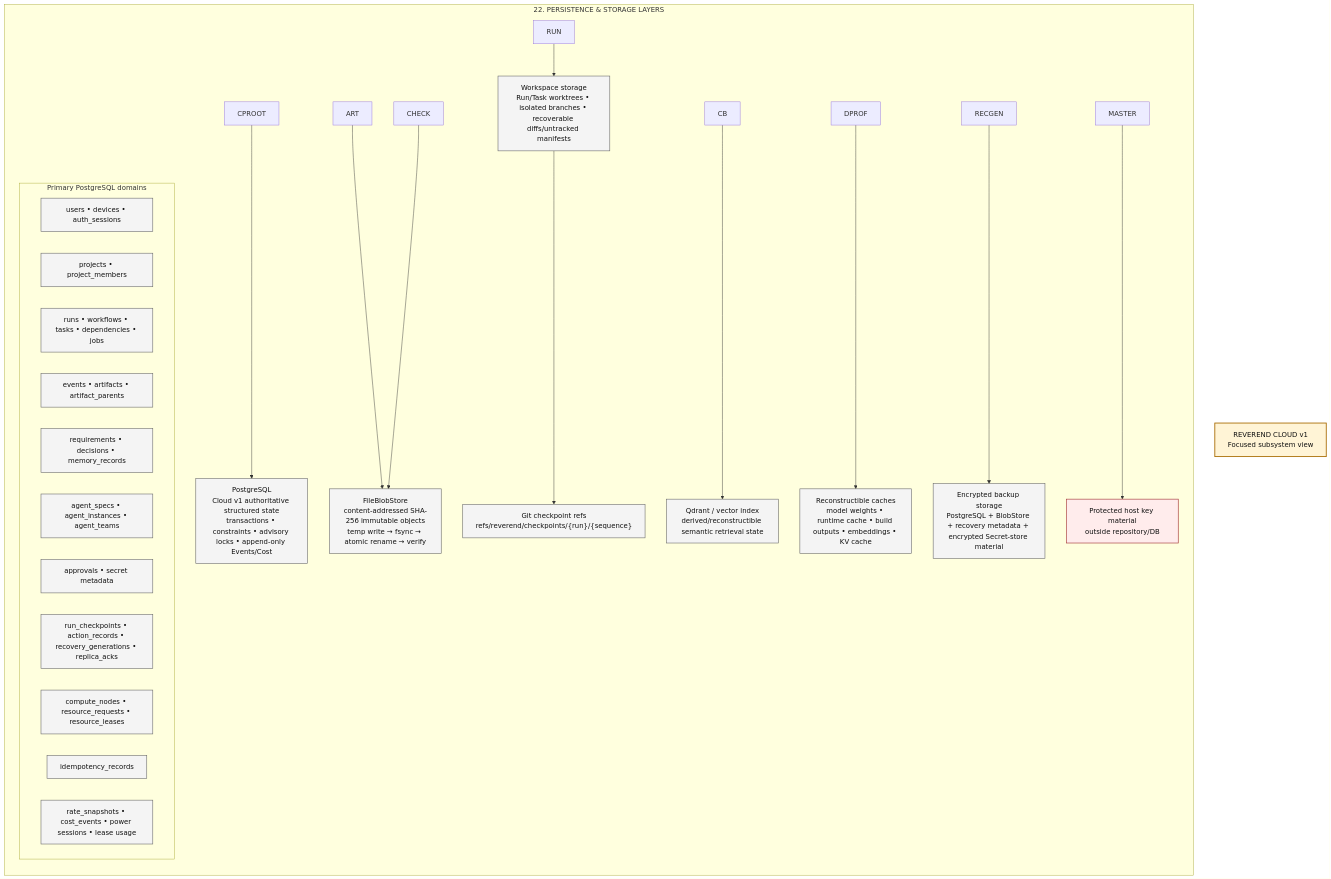
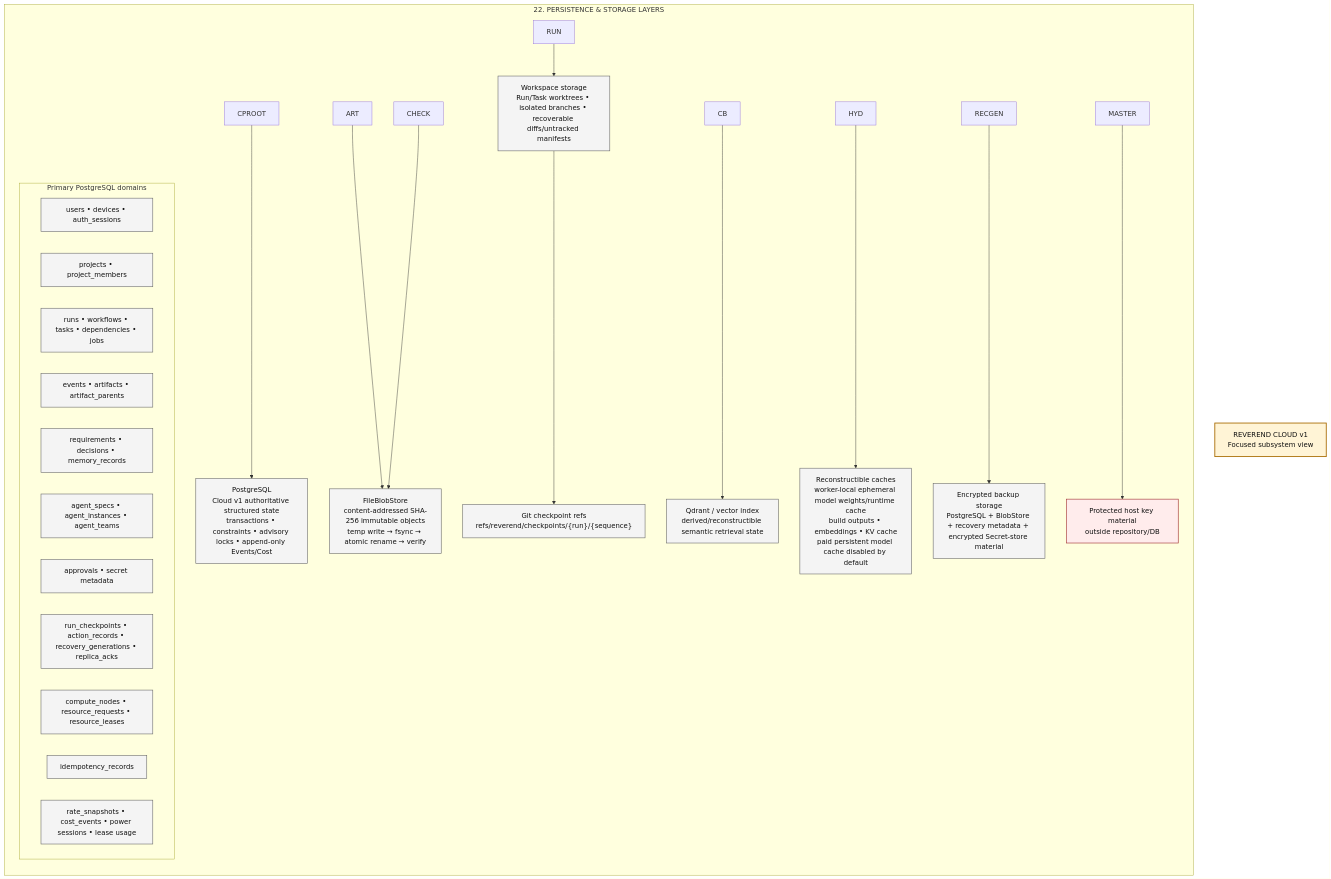
The diagram in Documentation/Design/Diagrams/Subsystems/22-storage-database-blob-workspace-indexes.mmd (reverez/reverend), drawn with Mermaid before and after one commit.

Commit message:
docs: make model cache ephemeral in storage diagram

```diff
--- a/Documentation/Design/Diagrams/Subsystems/22-storage-database-blob-workspace-indexes.mmd
+++ b/Documentation/Design/Diagrams/Subsystems/22-storage-database-blob-workspace-indexes.mmd
@@ -1,77 +1,77 @@
 flowchart TB
 
 %% STYLES
 %% =========================================================
 classDef human fill:#e8f0ff,stroke:#3458a4,stroke-width:2px,color:#111;
 classDef client fill:#eef7ff,stroke:#3678a8,stroke-width:1.5px,color:#111;
 classDef api fill:#e9fff7,stroke:#23855f,stroke-width:1.5px,color:#111;
 classDef authority fill:#fff4d6,stroke:#a76b00,stroke-width:2px,color:#111;
 classDef domain fill:#fff9e8,stroke:#a7802b,stroke-width:1.5px,color:#111;
 classDef agent fill:#f5edff,stroke:#7552a8,stroke-width:1.5px,color:#111;
 classDef context fill:#f8f3ff,stroke:#8458aa,stroke-width:1.2px,color:#111;
 classDef tool fill:#fff0f0,stroke:#aa4949,stroke-width:1.5px,color:#111;
 classDef verify fill:#efffe9,stroke:#4e8a3c,stroke-width:1.5px,color:#111;
 classDef sched fill:#eefcf8,stroke:#2f7a68,stroke-width:1.5px,color:#111;
 classDef compute fill:#eef4ff,stroke:#4f68a8,stroke-width:1.5px,color:#111;
 classDef model fill:#f1ecff,stroke:#5f49a8,stroke-width:1.5px,color:#111;
 classDef durable fill:#fff2e5,stroke:#a6642c,stroke-width:1.5px,color:#111;
 classDef security fill:#ffecec,stroke:#a73b3b,stroke-width:1.5px,color:#111;
 classDef data fill:#f4f4f4,stroke:#666,stroke-width:1.3px,color:#111;
 classDef cost fill:#ecfff1,stroke:#3e8b55,stroke-width:1.5px,color:#111;
 classDef ops fill:#f2fbff,stroke:#3f7890,stroke-width:1.5px,color:#111;
 classDef external fill:#f7f7f7,stroke:#777,stroke-width:1.2px,stroke-dasharray:5 3,color:#111;
 classDef dev fill:#fff8ed,stroke:#9b6b23,stroke-width:1.3px,color:#111;
 classDef invariant fill:#fffbe6,stroke:#b09121,stroke-width:1.5px,color:#111;
 
 %% =========================================================
 
 ROOT["REVEREND CLOUD v1<br/>Focused subsystem view"]:::authority
 
 %% =========================================================
 %% FOCUSED VIEW
 %% Source: ../system-complete-mermaid-diagram.mmd
 %% Section 22: STORAGE / DATABASE / BLOB / WORKSPACE / INDEXES
 %% External cross-subsystem references may render as compact interface nodes.
 %% =========================================================
 
 %% =========================================================
 %% 22. STORAGE / DATABASE / BLOB / WORKSPACE / INDEXES
 %% =========================================================
 subgraph STORAGE["22. PERSISTENCE & STORAGE LAYERS"]
 direction TB
 
 PG["PostgreSQL<br/>Cloud v1 authoritative structured state<br/>transactions • constraints • advisory locks • append-only Events/Cost"]:::data
 
 subgraph PGTABLES["Primary PostgreSQL domains"]
 direction LR
 PG_ID["users • devices • auth_sessions"]:::data
 PG_PROJ["projects • project_members"]:::data
 PG_RUN["runs • workflows • tasks • dependencies • jobs"]:::data
 PG_EA["events • artifacts • artifact_parents"]:::data
 PG_PM["requirements • decisions • memory_records"]:::data
 PG_AGENT["agent_specs • agent_instances • agent_teams"]:::data
 PG_SEC["approvals • secret metadata"]:::data
 PG_DUR["run_checkpoints • action_records • recovery_generations • replica_acks"]:::data
 PG_COMP["compute_nodes • resource_requests • resource_leases"]:::data
 PG_IDEMP["idempotency_records"]:::data
 PG_COST["rate_snapshots • cost_events • power sessions • lease usage"]:::data
 end
 
 BLOB["FileBlobStore<br/>content-addressed SHA-256 immutable objects<br/>temp write → fsync → atomic rename → verify"]:::data
 WSROOT["Workspace storage<br/>Run/Task worktrees • isolated branches • recoverable diffs/untracked manifests"]:::data
 GITREF["Git checkpoint refs<br/>refs/reverend/checkpoints/{run}/{sequence}"]:::data
 QDRANT["Qdrant / vector index<br/>derived/reconstructible semantic retrieval state"]:::data
-CACHE["Reconstructible caches<br/>model weights • runtime cache • build outputs • embeddings • KV cache"]:::data
+CACHE["Reconstructible caches<br/>worker-local ephemeral model weights/runtime cache<br/>build outputs • embeddings • KV cache<br/>paid persistent model cache disabled by default"]:::data
 BACKUP["Encrypted backup storage<br/>PostgreSQL + BlobStore + recovery metadata + encrypted Secret-store material"]:::data
 KEYFILE["Protected host key material<br/>outside repository/DB"]:::security
 
 
 CPROOT --> PG
 ART --> BLOB
 CHECK --> BLOB
 RUN --> WSROOT --> GITREF
 CB --> QDRANT
-DPROF --> CACHE
+HYD --> CACHE
 RECGEN --> BACKUP
 MASTER --> KEYFILE
 end
```
